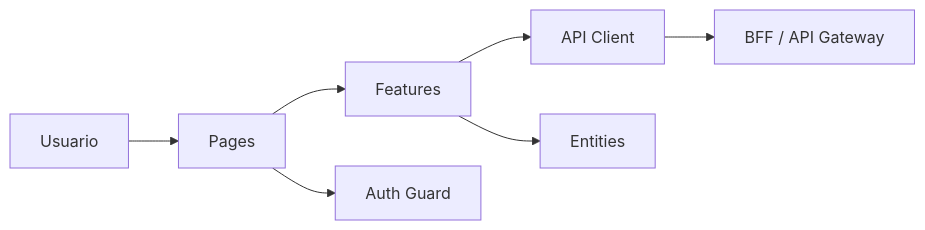
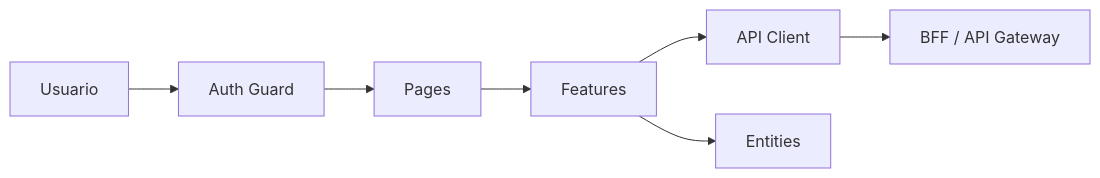
Before and after one commit to NelsonCofre/donaton-project: the first of 6 diagrams in docs/DIAGRAMAS_DE_COMPONENTES.md, drawn with Mermaid.

Commit message:
Update Frontend component diagram Auth Guard flow

````diff
--- a/docs/DIAGRAMAS_DE_COMPONENTES.md
+++ b/docs/DIAGRAMAS_DE_COMPONENTES.md
@@ -18,10 +18,10 @@
 ```mermaid
 flowchart LR
-    A[Usuario] --> B[Pages]
+    A[Usuario] --> G[Auth Guard]
+    G --> B[Pages]
     B --> C[Features]
     C --> D[API Client]
     D --> E[BFF / API Gateway]
 
     C --> F[Entities]
-    B --> G[Auth Guard]
 ```
````
